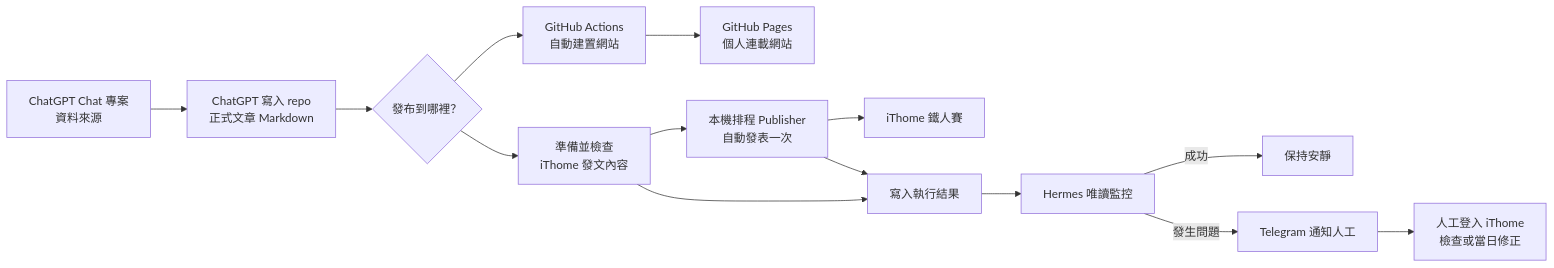
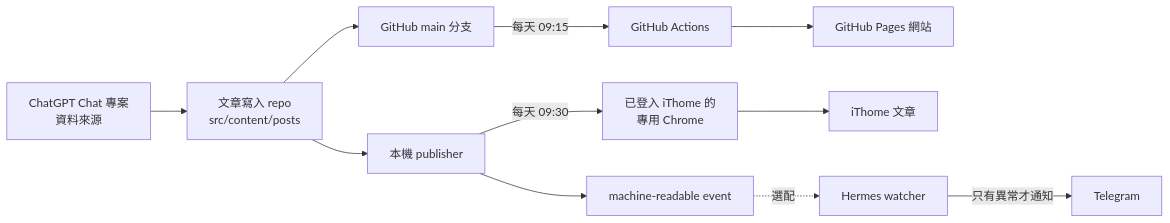
Before and after one commit to NickJavaDev88/ithome-2026: the diagram in README.md, drawn with Mermaid. The commit also changed other lines of this file, not shown here.

````diff
--- a/README.md
+++ b/README.md
@@ -22,19 +14,15 @@
 ```mermaid
 flowchart LR
-    A[ChatGPT Chat 專案<br/>資料來源] --> B[ChatGPT 寫入 repo<br/>正式文章 Markdown]
-    B --> C{發布到哪裡？}
+    A[ChatGPT Chat 專案<br/>資料來源] --> B[文章寫入 repo<br/>src/content/posts]
+    B --> C[GitHub main 分支]
+    C -->|每天 09:15| D[GitHub Actions]
+    D --> E[GitHub Pages 網站]
 
-    C --> D[GitHub Actions<br/>自動建置網站]
-    D --> E[GitHub Pages<br/>個人連載網站]
+    B --> F[本機 publisher]
+    F -->|每天 09:30| G[已登入 iThome 的<br/>專用 Chrome]
+    G --> H[iThome 文章]
 
-    C --> F[準備並檢查<br/>iThome 發文內容]
-    F --> G[本機排程 Publisher<br/>自動發表一次]
-    G --> H[iThome 鐵人賽]
-
-    F --> I[寫入執行結果]
-    G --> I
-    I --> J[Hermes 唯讀監控]
-    J -->|成功| K[保持安靜]
-    J -->|發生問題| L[Telegram 通知人工]
-    L --> M[人工登入 iThome<br/>檢查或當日修正]
+    F --> I[machine-readable event]
+    I -. 選配 .-> J[Hermes watcher]
+    J -->|只有異常才通知| K[Telegram]
 ```
````
